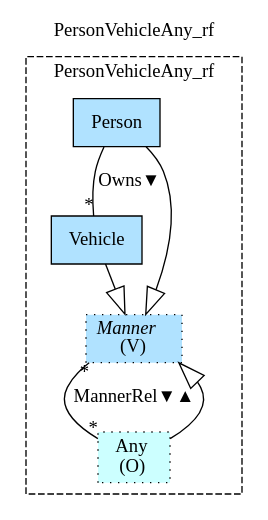
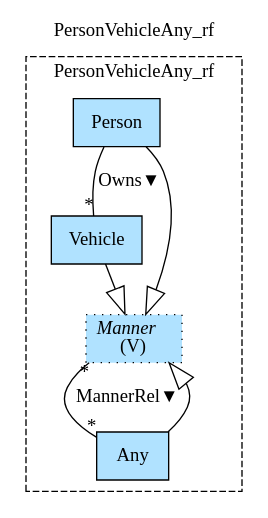
One commit to namalio/Fragmenta changed the diagram in Haskell/FragmentaTests/FrPersonVehicleMotor/img/PersonVehicleAny_rf.gv. Above: the diagram before and after it, drawn with Graphviz. The commit also changed 109 other files, not shown here.

```diff
--- a/Haskell/FragmentaTests/FrPersonVehicleMotor/img/PersonVehicleAny_rf.gv
+++ b/Haskell/FragmentaTests/FrPersonVehicleMotor/img/PersonVehicleAny_rf.gv
@@ -1,15 +1,15 @@
 digraph {graph[label=PersonVehicleAny_rf,labelloc=tl,labelfontsize=12];
 subgraph cluster_PersonVehicleAny_rf{style=dashed;label=PersonVehicleAny_rf;
 "Person"[shape=record,fillcolor=lightskyblue1,style = filled,label="Person"];
 "Vehicle"[shape=record,fillcolor=lightskyblue1,style = filled,label="Vehicle"];
-"Any"[shape=record,fillcolor="#CCFFFF",style ="filled,dotted",label=<Any<br/>(O)>];
+"Any"[shape=record,fillcolor=lightskyblue1,style = filled,label="Any"];
 "Manner"[shape=record,fillcolor=lightskyblue1,style ="filled,dotted",label=<{<I>Manner</I><br/>(V)}>];
 
 "Person"->"Vehicle"[label="Owns▼",dir=none,taillabel="",headlabel="*"];
-"Manner"->"Any"[label="MannerRel▼▲",dir=none,taillabel="*",headlabel="*"];
+"Manner"->"Any"[label="MannerRel▼",dir=none,taillabel="*",headlabel="*"];
 "Person"->"Manner"[arrowhead=onormal,arrowsize=2.0];
 "Vehicle"->"Manner"[arrowhead=onormal,arrowsize=2.0];
 "Any"->"Manner"[arrowhead=onormal,arrowsize=2.0];
 
 }
 }
```
